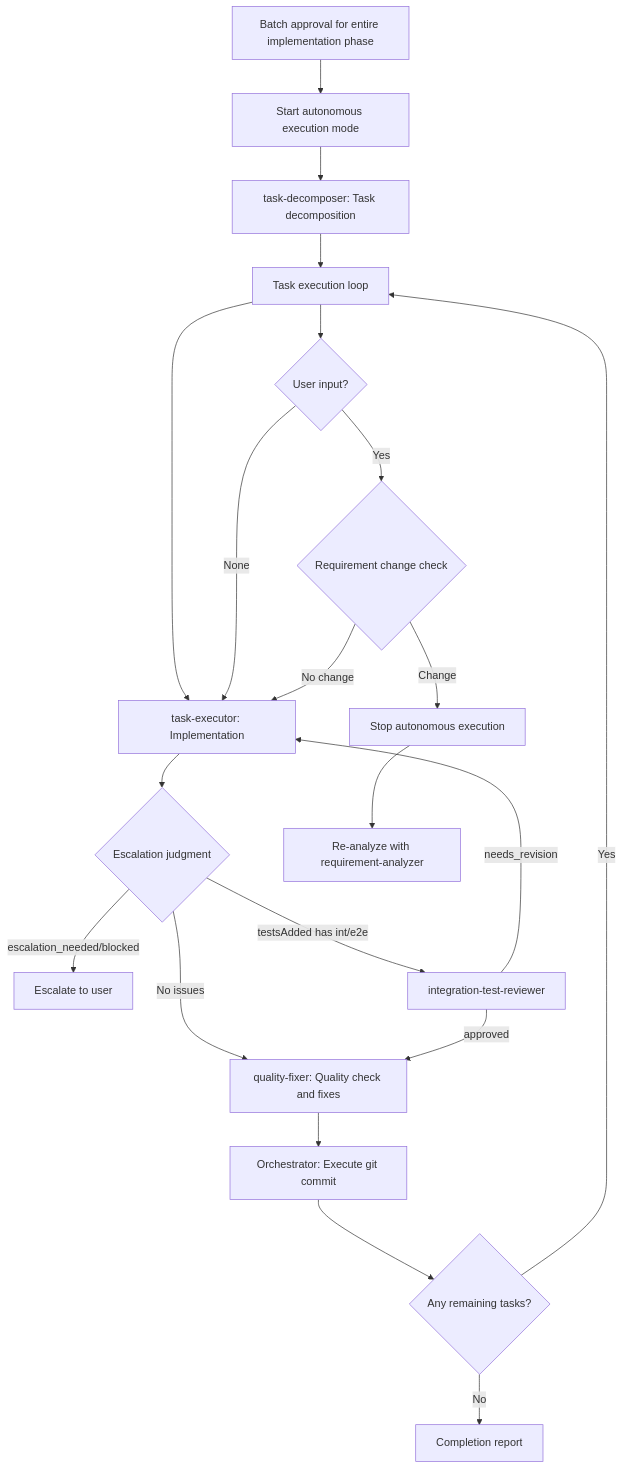
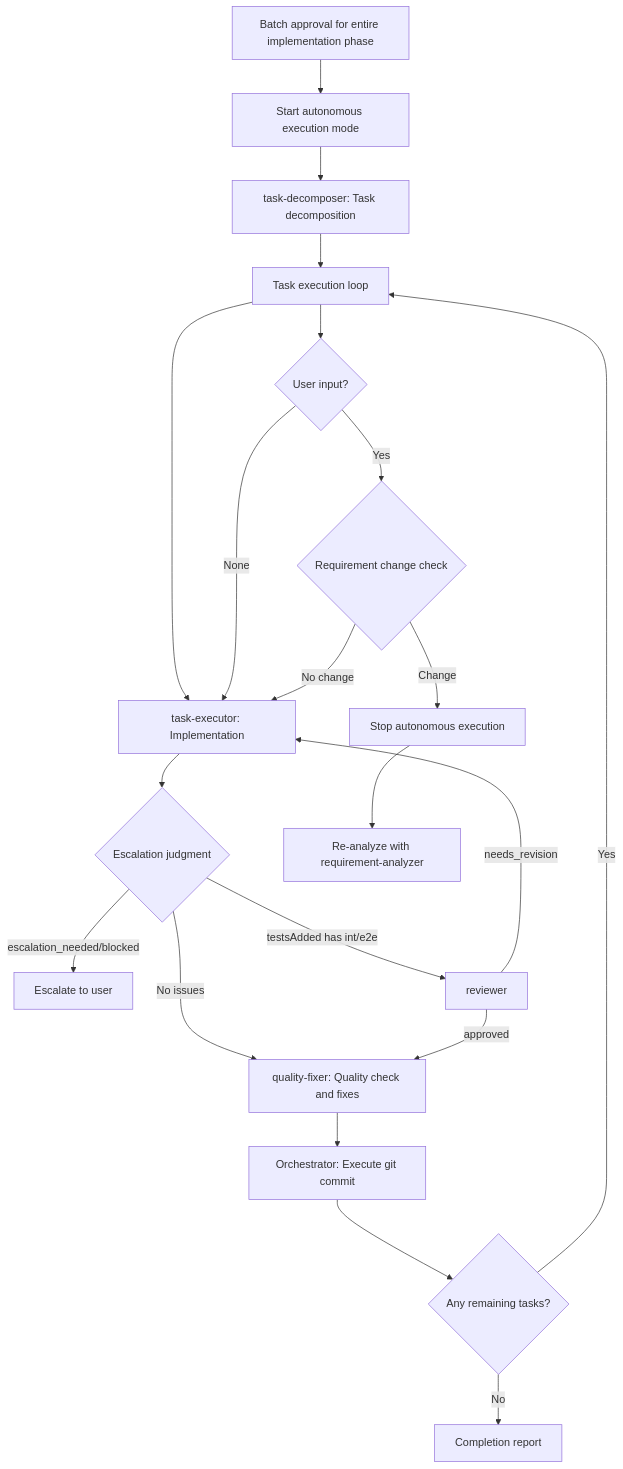
Before and after one commit to abhayla/cric: the second of 2 diagrams in .claude/skills/subagents-orchestration-guide/SKILL.md, drawn with Mermaid. The commit also changed other lines of this file and 31 other files, not shown here.

````diff
--- a/.claude/skills/subagents-orchestration-guide/SKILL.md
+++ b/.claude/skills/subagents-orchestration-guide/SKILL.md
@@ -232,24 +231,24 @@
 ```mermaid
 graph TD
     START[Batch approval for entire implementation phase] --> AUTO[Start autonomous execution mode]
     AUTO --> TD[task-decomposer: Task decomposition]
     TD --> LOOP[Task execution loop]
     LOOP --> TE[task-executor: Implementation]
     TE --> ESCJUDGE{Escalation judgment}
     ESCJUDGE -->|escalation_needed/blocked| USERESC[Escalate to user]
-    ESCJUDGE -->|testsAdded has int/e2e| ITR[integration-test-reviewer]
+    ESCJUDGE -->|testsAdded has int/e2e| ITR[reviewer]
     ESCJUDGE -->|No issues| QF
     ITR -->|needs_revision| TE
     ITR -->|approved| QF
     QF[quality-fixer: Quality check and fixes] --> COMMIT[Orchestrator: Execute git commit]
     COMMIT --> CHECK{Any remaining tasks?}
     CHECK -->|Yes| LOOP
     CHECK -->|No| REPORT[Completion report]
 
     LOOP --> INTERRUPT{User input?}
     INTERRUPT -->|None| TE
     INTERRUPT -->|Yes| REQCHECK{Requirement change check}
     REQCHECK -->|No change| TE
     REQCHECK -->|Change| STOP[Stop autonomous execution]
     STOP --> RA[Re-analyze with requirement-analyzer]
 ```
````
